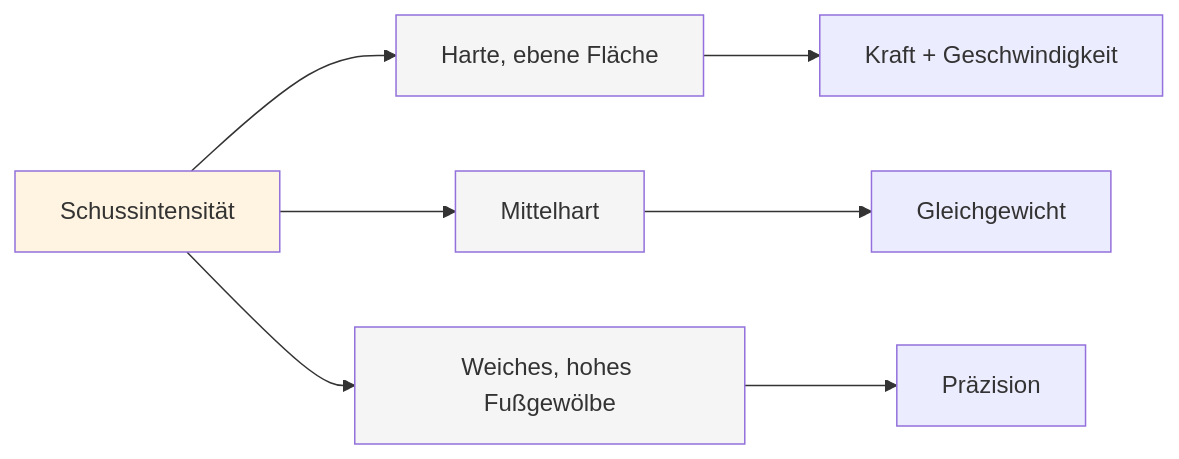
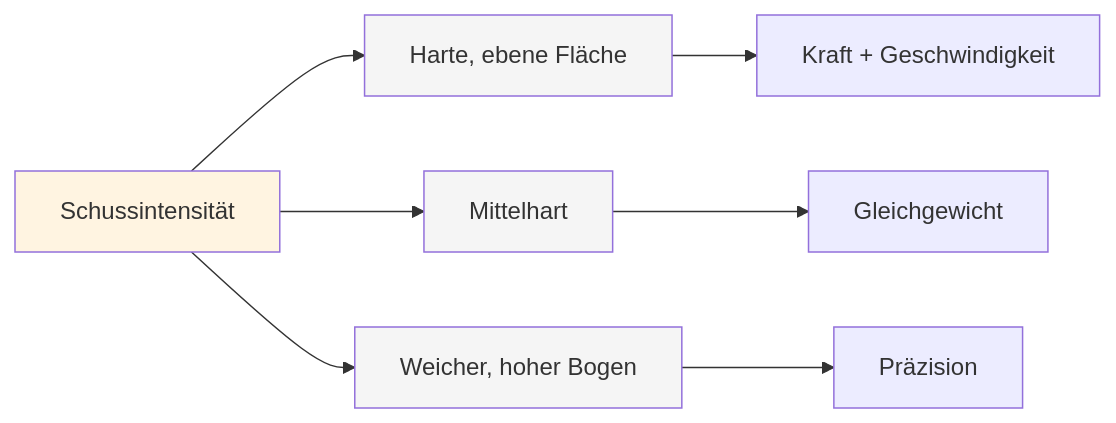
One commit to patwii/petanque-academy changed the fifth of 6 diagrams in docs/de/technical/throws.md. Above: the diagram before and after it, drawn with Mermaid. The commit also changed other lines of this file and 532 other files, not shown here.

````diff
--- a/docs/de/technical/throws.md
+++ b/docs/de/technical/throws.md
@@ -108,15 +108,15 @@
 ```mermaid
 graph LR
     A[Schussintensität] --> B[Harte, ebene Fläche]
     A --> C[Mittelhart]
-    A --> D[Weiches, hohes Fußgewölbe]
+    A --> D[Weicher, hoher Bogen]
 
     B --> E[Kraft + Geschwindigkeit]
     C --> F[Gleichgewicht]
     D --> G[Präzision]
 
     style A fill:#fff4e1
     style B fill:#f5f5f5
     style C fill:#f5f5f5
     style D fill:#f5f5f5
 ```
````
